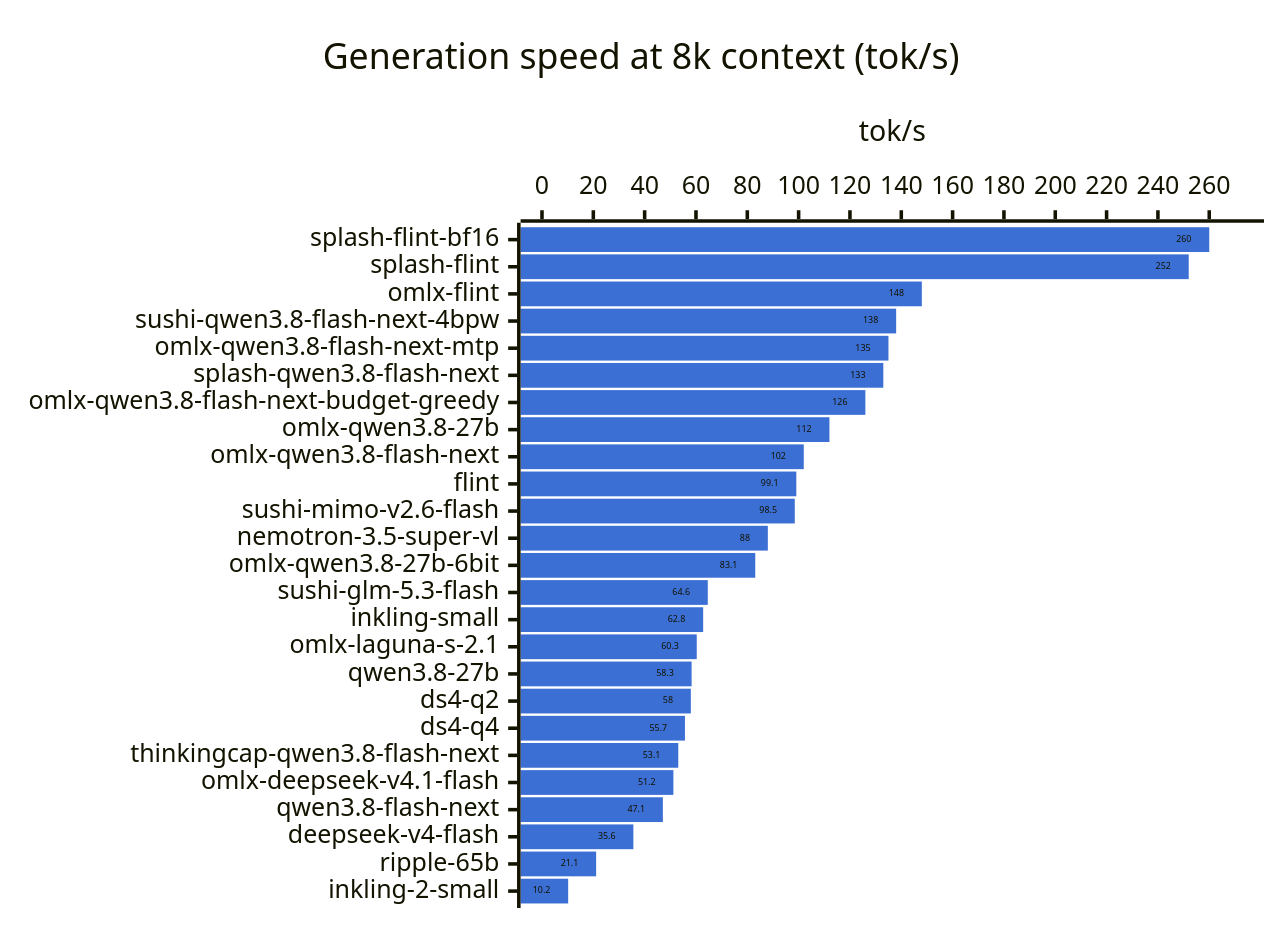
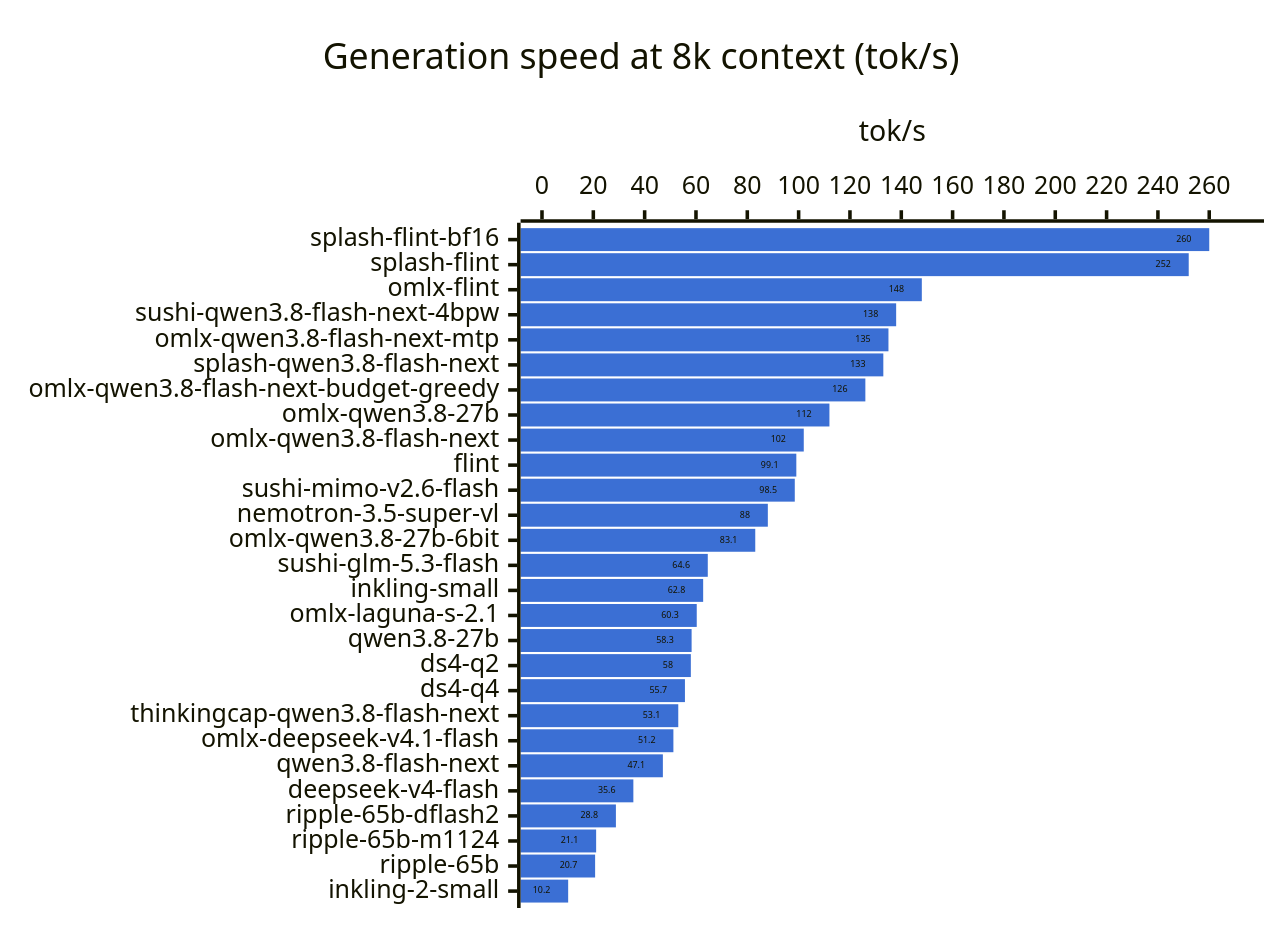
Before and after one commit to hofftodd/ai-bench: the second of 2 diagrams in RESULTS-mac.md, drawn with Mermaid. The commit also changed other lines of this file and 15 other files, not shown here.

First line of the commit message:
Inkling 2 Mini retune, flint on Splash, Ripple's DFlash2 drafter

````diff
--- a/RESULTS-mac.md
+++ b/RESULTS-mac.md
@@ -81,8 +84,8 @@
 ```mermaid
 %%{init: {"xyChart": {"showDataLabel": true}, "themeVariables": {"xyChart": {"plotColorPalette": "#3b6fd4"}}}}%%
 xychart-beta horizontal
     title "Generation speed at 8k context (tok/s)"
-    x-axis ["splash-flint-bf16", "splash-flint", "omlx-flint", "sushi-qwen3.8-flash-next-4bpw", "omlx-qwen3.8-flash-next-mtp", "splash-qwen3.8-flash-next", "omlx-qwen3.8-flash-next-budget-greedy", "omlx-qwen3.8-27b", "omlx-qwen3.8-flash-next", "flint", "sushi-mimo-v2.6-flash", "nemotron-3.5-super-vl", "omlx-qwen3.8-27b-6bit", "sushi-glm-5.3-flash", "inkling-small", "omlx-laguna-s-2.1", "qwen3.8-27b", "ds4-q2", "ds4-q4", "thinkingcap-qwen3.8-flash-next", "omlx-deepseek-v4.1-flash", "qwen3.8-flash-next", "deepseek-v4-flash", "ripple-65b", "inkling-2-small"]
+    x-axis ["splash-flint-bf16", "splash-flint", "omlx-flint", "sushi-qwen3.8-flash-next-4bpw", "omlx-qwen3.8-flash-next-mtp", "splash-qwen3.8-flash-next", "omlx-qwen3.8-flash-next-budget-greedy", "omlx-qwen3.8-27b", "omlx-qwen3.8-flash-next", "flint", "sushi-mimo-v2.6-flash", "nemotron-3.5-super-vl", "omlx-qwen3.8-27b-6bit", "sushi-glm-5.3-flash", "inkling-small", "omlx-laguna-s-2.1", "qwen3.8-27b", "ds4-q2", "ds4-q4", "thinkingcap-qwen3.8-flash-next", "omlx-deepseek-v4.1-flash", "qwen3.8-flash-next", "deepseek-v4-flash", "ripple-65b-dflash2", "ripple-65b-m1124", "ripple-65b", "inkling-2-small"]
     y-axis "tok/s" 0 --> 273
-    bar [260.0, 252.0, 148.0, 138.0, 135.0, 133.0, 126.0, 112.0, 102.0, 99.1, 98.5, 88.0, 83.1, 64.6, 62.8, 60.3, 58.3, 58.0, 55.7, 53.1, 51.2, 47.1, 35.6, 21.1, 10.2]
+    bar [260.0, 252.0, 148.0, 138.0, 135.0, 133.0, 126.0, 112.0, 102.0, 99.1, 98.5, 88.0, 83.1, 64.6, 62.8, 60.3, 58.3, 58.0, 55.7, 53.1, 51.2, 47.1, 35.6, 28.8, 21.1, 20.7, 10.2]
 ```
````
